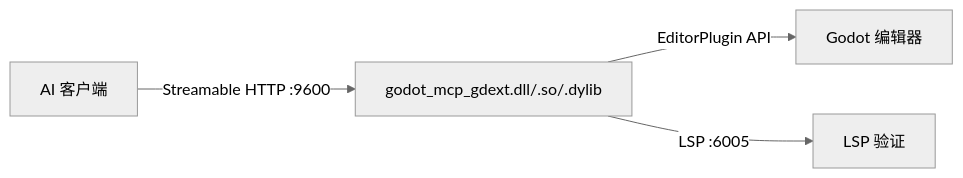
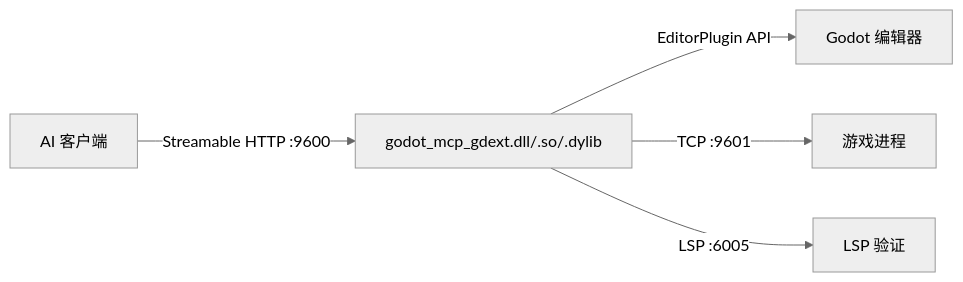
One commit to jesspig/GodotMCP-GDExtension changed the diagram in docs/zh/guide/getting-started.md. Above: the diagram before and after it, drawn with Mermaid (neutral theme). The commit also changed other lines of this file and 18 other files, not shown here.

````diff
--- a/docs/zh/guide/getting-started.md
+++ b/docs/zh/guide/getting-started.md
@@ -7,6 +7,7 @@
 ```mermaid
 graph LR
     AI[AI 客户端] -- Streamable HTTP :9600 --> GDExt[godot_mcp_gdext.dll/.so/.dylib]
     GDExt -- EditorPlugin API --> Godot[Godot 编辑器]
+    GDExt -- TCP :9601 --> Game[游戏进程]
     GDExt -- LSP :6005 --> LSPClient[LSP 验证]
 ```
````
